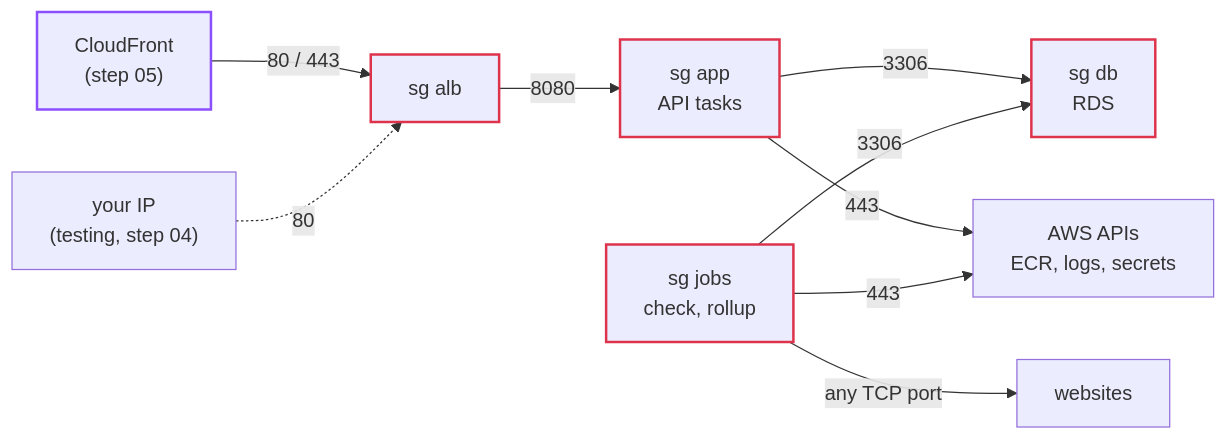
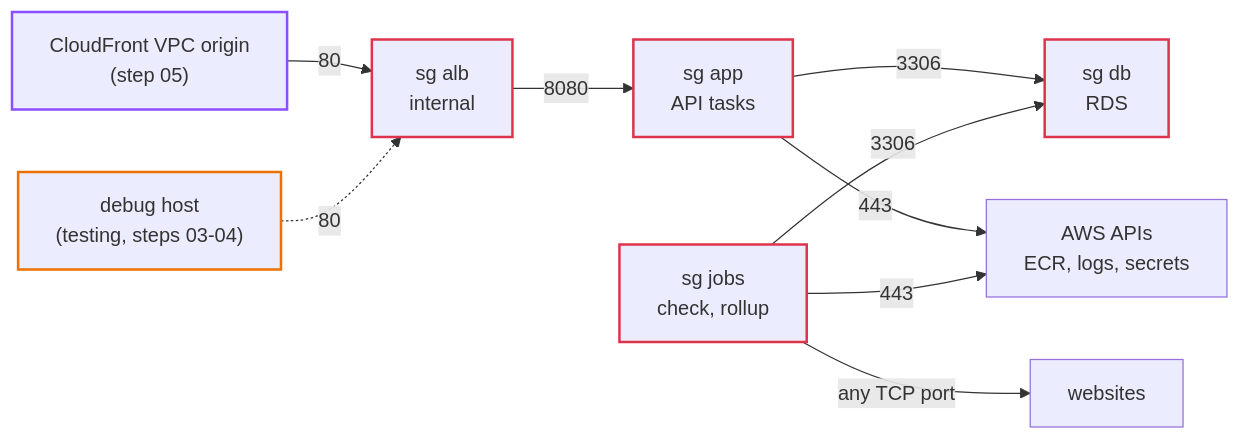
One commit to shadreza/aws-three-tier-cloud-ref-architecture changed the first of 2 diagrams in docs/steps/02-aws-network.md. Above: the diagram before and after it, drawn with Mermaid. The commit also changed other lines of this file and 6 other files, not shown here.

````diff
--- a/docs/steps/02-aws-network.md
+++ b/docs/steps/02-aws-network.md
@@ -96,18 +98,19 @@
 ```mermaid
 flowchart LR
-    cf["CloudFront<br/>(step 05)"] -- "80 / 443" --> alb["sg alb"]
-    you["your IP<br/>(testing, step 04)"] -. "80" .-> alb
+    cf["CloudFront VPC origin<br/>(step 05)"] -- "80" --> alb["sg alb<br/>internal"]
+    dbg["debug host<br/>(testing, steps 03-04)"] -. "80" .-> alb
     alb -- "8080" --> app["sg app<br/>API tasks"]
     app -- "3306" --> db["sg db<br/>RDS"]
     jobs["sg jobs<br/>check, rollup"] -- "3306" --> db
     jobs -- "any TCP port" --> web["websites"]
     app -- "443" --> aws["AWS APIs<br/>ECR, logs, secrets"]
     jobs -- "443" --> aws
     classDef compute stroke:#ED7100,stroke-width:2px
     classDef jobs stroke:#E7157B,stroke-width:2px
     classDef database stroke:#C925D1,stroke-width:2px
     classDef network stroke:#8C4FFF,stroke-width:2px
     classDef security stroke:#DD344C,stroke-width:2px
     class cf network
+    class dbg compute
     class alb,app,jobs,db security
 ```
````
